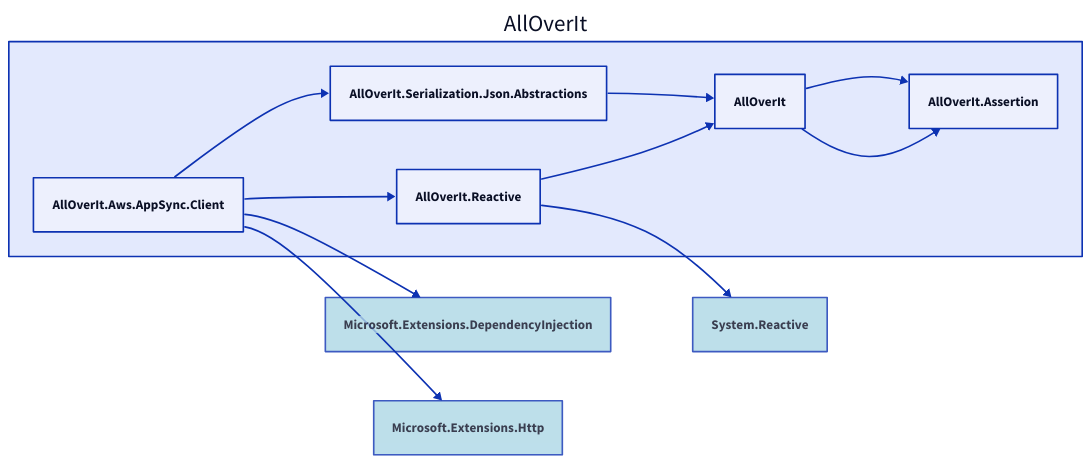
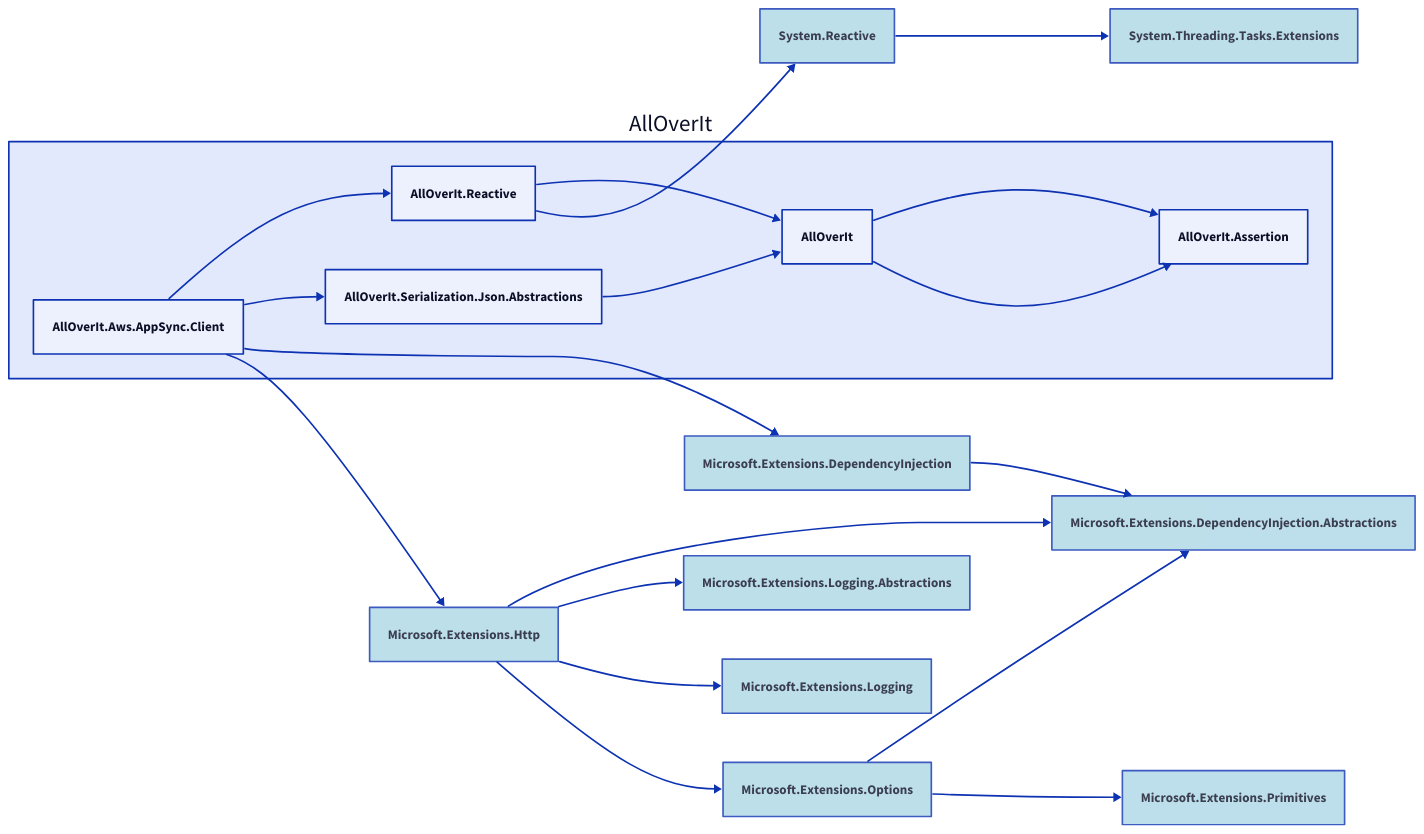
The diagram in Docs/Dependencies/alloverit-aws-appsync-client.d2 (nickathone/AllOverIt), drawn with D2 before and after one commit. The commit also changed 48 other files, not shown here.

Commit message:
Some dependency diagram updates - WIP

```diff
--- a/Docs/Dependencies/alloverit-aws-appsync-client.d2
+++ b/Docs/Dependencies/alloverit-aws-appsync-client.d2
@@ -1,27 +1,53 @@
 direction: right
 
 aoi: AllOverIt
 aoi.alloverit-aws-appsync-client: AllOverIt.Aws.AppSync.Client
 aoi.alloverit-reactive: AllOverIt.Reactive
 aoi.alloverit: AllOverIt
 aoi.alloverit-assertion: AllOverIt.Assertion
 system-reactive: System.Reactive
 system-reactive.style.fill: lightblue
 system-reactive.style.opacity: 0.8
+system-threading-tasks-extensions: System.Threading.Tasks.Extensions
+system-threading-tasks-extensions.style.fill: lightblue
+system-threading-tasks-extensions.style.opacity: 0.8
 aoi.alloverit-serialization-json-abstractions: AllOverIt.Serialization.Json.Abstractions
 microsoft-extensions-dependencyinjection: Microsoft.Extensions.DependencyInjection
 microsoft-extensions-dependencyinjection.style.fill: lightblue
 microsoft-extensions-dependencyinjection.style.opacity: 0.8
+microsoft-extensions-dependencyinjection-abstractions: Microsoft.Extensions.DependencyInjection.Abstractions
+microsoft-extensions-dependencyinjection-abstractions.style.fill: lightblue
+microsoft-extensions-dependencyinjection-abstractions.style.opacity: 0.8
 microsoft-extensions-http: Microsoft.Extensions.Http
 microsoft-extensions-http.style.fill: lightblue
 microsoft-extensions-http.style.opacity: 0.8
+microsoft-extensions-logging-abstractions: Microsoft.Extensions.Logging.Abstractions
+microsoft-extensions-logging-abstractions.style.fill: lightblue
+microsoft-extensions-logging-abstractions.style.opacity: 0.8
+microsoft-extensions-logging: Microsoft.Extensions.Logging
+microsoft-extensions-logging.style.fill: lightblue
+microsoft-extensions-logging.style.opacity: 0.8
+microsoft-extensions-options: Microsoft.Extensions.Options
+microsoft-extensions-options.style.fill: lightblue
+microsoft-extensions-options.style.opacity: 0.8
+microsoft-extensions-primitives: Microsoft.Extensions.Primitives
+microsoft-extensions-primitives.style.fill: lightblue
+microsoft-extensions-primitives.style.opacity: 0.8
 
 aoi.alloverit-reactive <- aoi.alloverit-aws-appsync-client
 aoi.alloverit <- aoi.alloverit-reactive
 aoi.alloverit-assertion <- aoi.alloverit
 system-reactive <- aoi.alloverit-reactive
+system-threading-tasks-extensions <- system-reactive
 aoi.alloverit-serialization-json-abstractions <- aoi.alloverit-aws-appsync-client
 aoi.alloverit <- aoi.alloverit-serialization-json-abstractions
 aoi.alloverit-assertion <- aoi.alloverit
 microsoft-extensions-dependencyinjection <- aoi.alloverit-aws-appsync-client
+microsoft-extensions-dependencyinjection-abstractions <- microsoft-extensions-dependencyinjection
 microsoft-extensions-http <- aoi.alloverit-aws-appsync-client
+microsoft-extensions-dependencyinjection-abstractions <- microsoft-extensions-http
+microsoft-extensions-logging-abstractions <- microsoft-extensions-http
+microsoft-extensions-logging <- microsoft-extensions-http
+microsoft-extensions-options <- microsoft-extensions-http
+microsoft-extensions-dependencyinjection-abstractions <- microsoft-extensions-options
+microsoft-extensions-primitives <- microsoft-extensions-options
```
